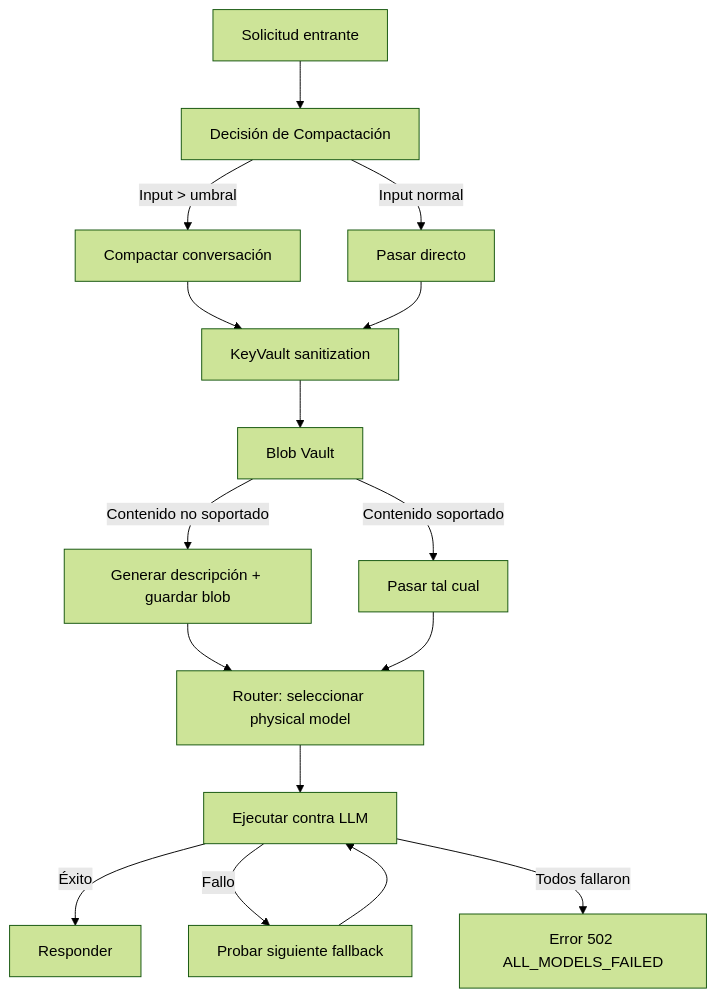
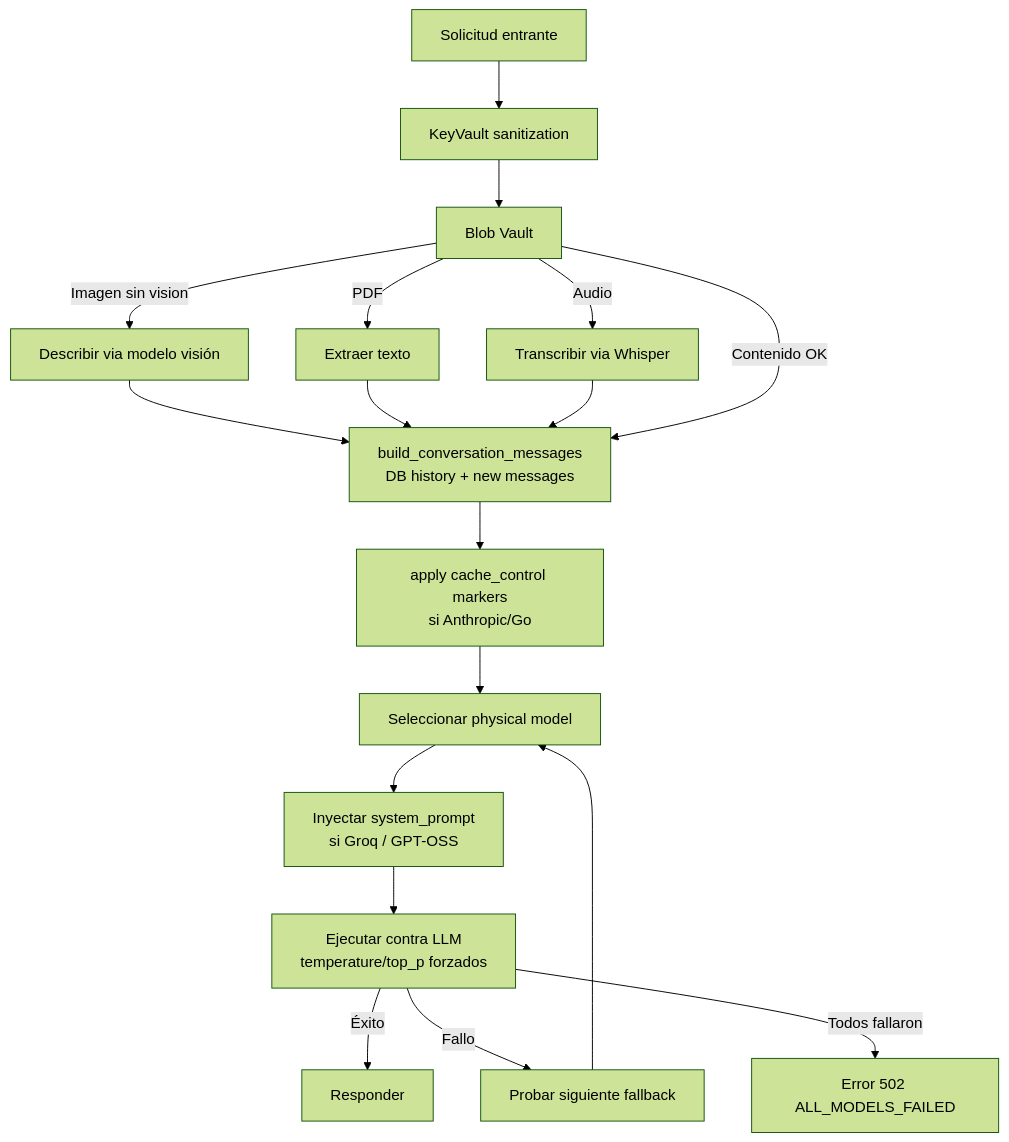
One commit to CesarGuzmanLopez/proxy-cesar changed the fourth of 8 diagrams in diagramas.md. Above: the diagram before and after it, drawn with Mermaid (forest theme). The commit also changed other lines of this file and 4 other files, not shown here.

First line of the commit message:
docs: v1.1 — update diagrams, README, delete CLAUDE.md

````diff
--- a/diagramas.md
+++ b/diagramas.md
@@ -144,18 +137,20 @@
 ```mermaid
 graph TD
-    REQ[Solicitud entrante] --> DC[Decisión de Compactación]
-    DC -->|Input > umbral| COMPACT[Compactar conversación]
-    DC -->|Input normal| NORMAL_PATH[Pasar directo]
-    COMPACT --> KEYV[KeyVault sanitization]
-    NORMAL_PATH --> KEYV
+    REQ[Solicitud entrante] --> KEYV[KeyVault sanitization]
     KEYV --> BLOB[Blob Vault]
-    BLOB -->|Contenido no soportado| BLOB_DESC[Generar descripción + guardar blob]
-    BLOB -->|Contenido soportado| PASSTHROUGH[Pasar tal cual]
-    BLOB_DESC --> ROUTE[Router: seleccionar physical model]
-    PASSTHROUGH --> ROUTE
-    ROUTE --> EXEC[Ejecutar contra LLM]
+    BLOB -->|Imagen sin vision| VISION[Describir via modelo visión]
+    BLOB -->|PDF| PDFEX[Extraer texto]
+    BLOB -->|Audio| WHIS[Transcribir via Whisper]
+    VISION --> HIST[build_conversation_messages<br/>DB history + new messages]
+    PDFEX --> HIST
+    WHIS --> HIST
+    BLOB -->|Contenido OK| HIST
+    HIST --> CACHE[apply cache_control markers<br/>si Anthropic/Go]
+    CACHE --> ROUTE[Seleccionar physical model]
+    ROUTE --> SystemPrompt[Inyectar system_prompt<br/>si Groq / GPT-OSS]
+    SystemPrompt --> EXEC[Ejecutar contra LLM<br/>temperature/top_p forzados]
     EXEC -->|Éxito| RES[Responder]
     EXEC -->|Fallo| FALLBACK[Probar siguiente fallback]
-    FALLBACK --> EXEC
+    FALLBACK --> ROUTE
     EXEC -->|Todos fallaron| ERR[Error 502 ALL_MODELS_FAILED]
 ```
````
